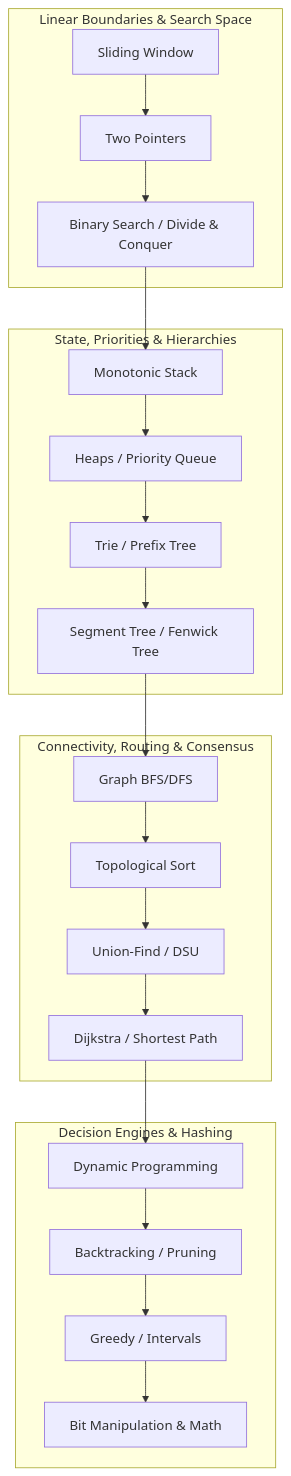
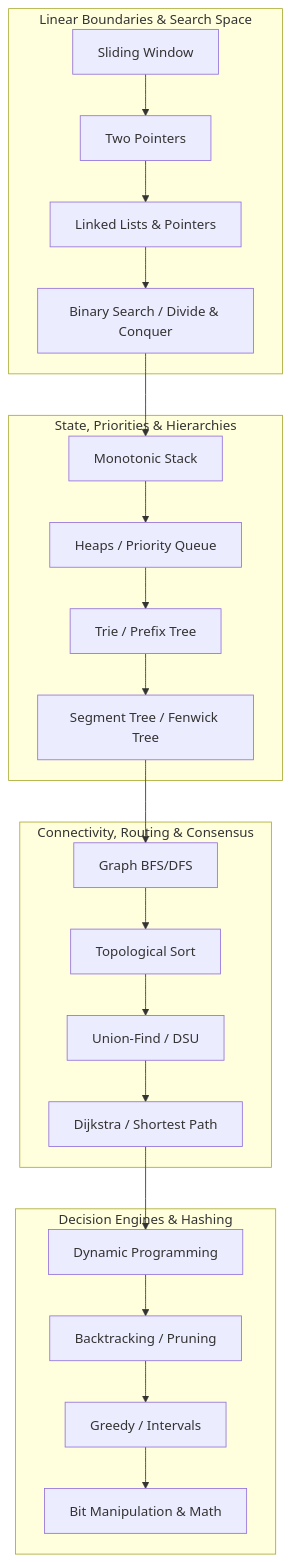
Before and after one commit to J-Rebs/DSA-prep: the diagram in README.md, drawn with Mermaid. The commit also changed other lines of this file and 2 other files, not shown here.

Commit message:
Integrate Linked Lists & Pointers into Phase 1 of study roadmap

````diff
--- a/README.md
+++ b/README.md
@@ -10,29 +10,30 @@
 ```mermaid
 graph TD
     subgraph Phase 1: Foundations [Linear Boundaries & Search Space]
         A[Sliding Window] --> B[Two Pointers]
-        B --> C[Binary Search / Divide & Conquer]
+        B --> C[Linked Lists & Pointers]
+        C --> CA[Binary Search / Divide & Conquer]
     end
 
     subgraph Phase 2: Structural [State, Priorities & Hierarchies]
         D[Monotonic Stack] --> E[Heaps / Priority Queue]
         E --> F[Trie / Prefix Tree]
         F --> G[Segment Tree / Fenwick Tree]
     end
 
     subgraph Phase 3: Distributed & Networks [Connectivity, Routing & Consensus]
         H[Graph BFS/DFS] --> I[Topological Sort]
         I --> J[Union-Find / DSU]
         J --> K[Dijkstra / Shortest Path]
     end
 
     subgraph Phase 4: Optimization & Search [Decision Engines & Hashing]
         L[Dynamic Programming] --> M[Backtracking / Pruning]
         M --> N[Greedy / Intervals]
         N --> O[Bit Manipulation & Math]
     end
 
-    C --> D
+    CA --> D
     G --> H
     K --> L
 ```
````
